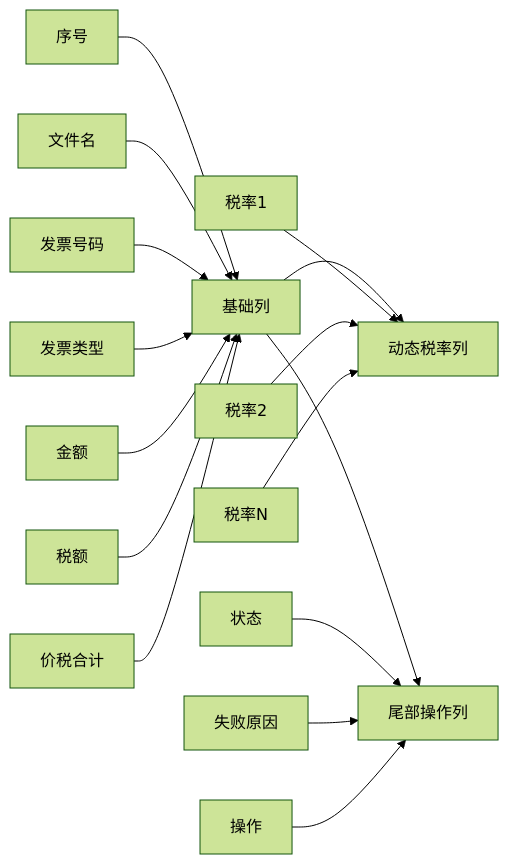
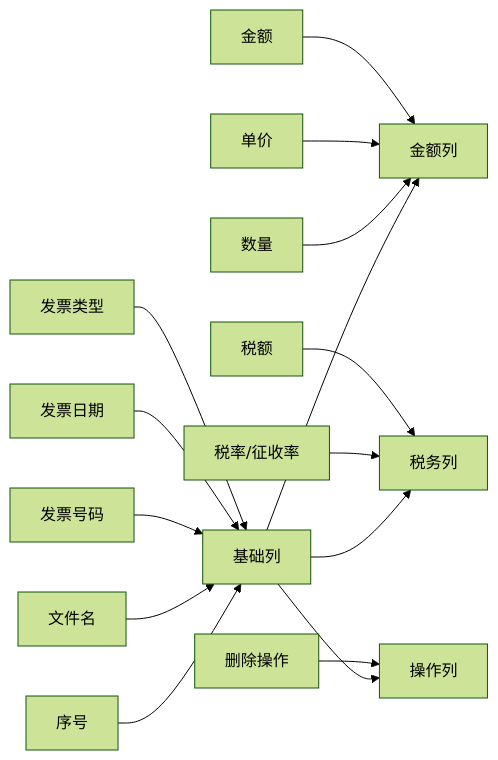
One commit to dunhuixiao/FinanceTools changed the seventh of 8 diagrams in .qoder/repowiki/zh/content/发票解析功能/发票解析功能.md. Above: the diagram before and after it, drawn with Mermaid (forest theme). The commit also changed other lines of this file and 20 other files, not shown here.

````diff
--- a/.qoder/repowiki/zh/content/发票解析功能/发票解析功能.md
+++ b/.qoder/repowiki/zh/content/发票解析功能/发票解析功能.md
@@ -301,18 +380,17 @@
 ```mermaid
 graph LR
-A[基础列] --> B[动态税率列]
-A --> C[尾部操作列]
+A[基础列] --> B[金额列]
+A --> C[税务列]
+A --> D[操作列]
 A1[序号] --> A
 A2[文件名] --> A
 A3[发票号码] --> A
-A4[发票类型] --> A
-A5[金额] --> A
-A6[税额] --> A
-A7[价税合计] --> A
-B1[税率1] --> B
-B2[税率2] --> B
-B3[税率N] --> B
-C1[状态] --> C
-C2[失败原因] --> C
-C3[操作] --> C
+A4[发票日期] --> A
+A5[发票类型] --> A
+B1[数量] --> B
+B2[单价] --> B
+B3[金额] --> B
+C1[税率/征收率] --> C
+C2[税额] --> C
+D1[删除操作] --> D
 ```
````
